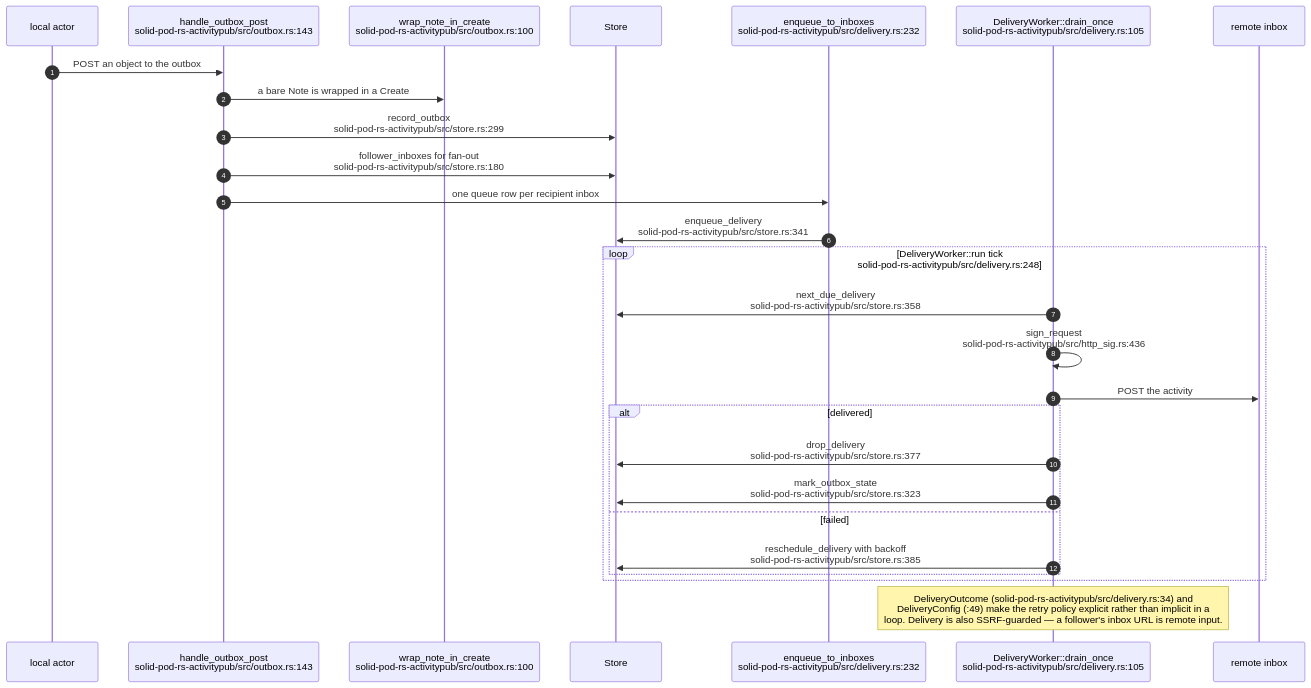
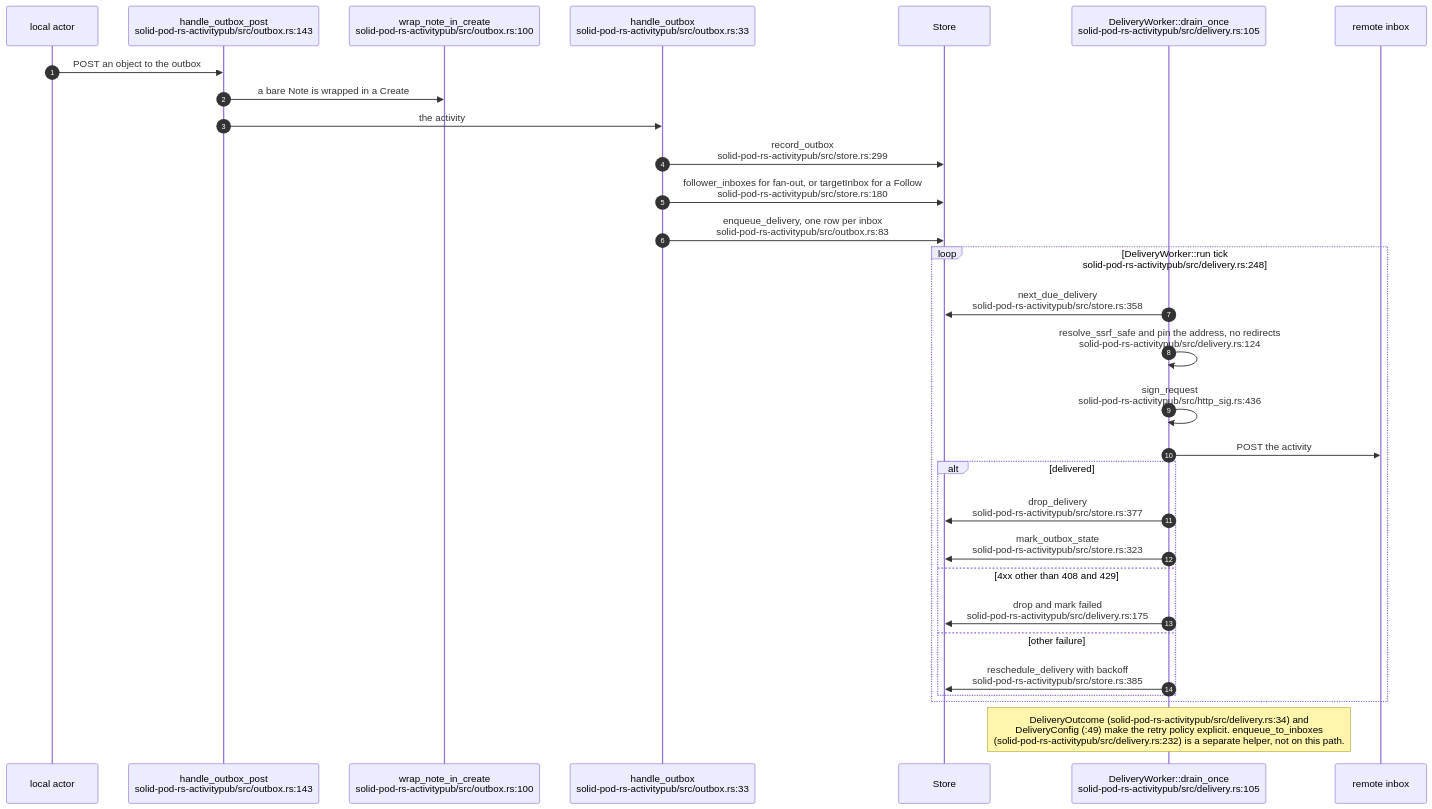
The sixth of 17 diagrams in docs/diagrams/solid-pod-rs/08-federation-notifications-forge-mcp.md (DreamLab-AI/VisionFlow), drawn with Mermaid before and after one commit. The commit also changed other lines of this file and 47 other files, not shown here.

````diff
--- a/docs/diagrams/solid-pod-rs/08-federation-notifications-forge-mcp.md
+++ b/docs/diagrams/solid-pod-rs/08-federation-notifications-forge-mcp.md
@@ -197,30 +236,33 @@
 ```mermaid
 sequenceDiagram
     autonumber
     participant L as local actor
     participant O as handle_outbox_post<br/>solid-pod-rs-activitypub/src/outbox.rs:143
     participant W as wrap_note_in_create<br/>solid-pod-rs-activitypub/src/outbox.rs:100
+    participant HO as handle_outbox<br/>solid-pod-rs-activitypub/src/outbox.rs:33
     participant S as Store
-    participant Q as enqueue_to_inboxes<br/>solid-pod-rs-activitypub/src/delivery.rs:232
     participant D as DeliveryWorker::drain_once<br/>solid-pod-rs-activitypub/src/delivery.rs:105
     participant R as remote inbox
 
     L->>O: POST an object to the outbox
     O->>W: a bare Note is wrapped in a Create
-    O->>S: record_outbox<br/>solid-pod-rs-activitypub/src/store.rs:299
-    O->>S: follower_inboxes for fan-out<br/>solid-pod-rs-activitypub/src/store.rs:180
-    O->>Q: one queue row per recipient inbox
-    Q->>S: enqueue_delivery<br/>solid-pod-rs-activitypub/src/store.rs:341
+    O->>HO: the activity
+    HO->>S: record_outbox<br/>solid-pod-rs-activitypub/src/store.rs:299
+    HO->>S: follower_inboxes for fan-out, or targetInbox for a Follow<br/>solid-pod-rs-activitypub/src/store.rs:180
+    HO->>S: enqueue_delivery, one row per inbox<br/>solid-pod-rs-activitypub/src/outbox.rs:83
     loop DeliveryWorker::run tick<br/>solid-pod-rs-activitypub/src/delivery.rs:248
         D->>S: next_due_delivery<br/>solid-pod-rs-activitypub/src/store.rs:358
+        D->>D: resolve_ssrf_safe and pin the address, no redirects<br/>solid-pod-rs-activitypub/src/delivery.rs:124
         D->>D: sign_request<br/>solid-pod-rs-activitypub/src/http_sig.rs:436
         D->>R: POST the activity
         alt delivered
             D->>S: drop_delivery<br/>solid-pod-rs-activitypub/src/store.rs:377
             D->>S: mark_outbox_state<br/>solid-pod-rs-activitypub/src/store.rs:323
-        else failed
+        else 4xx other than 408 and 429
+            D->>S: drop and mark failed<br/>solid-pod-rs-activitypub/src/delivery.rs:175
+        else other failure
             D->>S: reschedule_delivery with backoff<br/>solid-pod-rs-activitypub/src/store.rs:385
         end
     end
-    Note over D: DeliveryOutcome (solid-pod-rs-activitypub/src/delivery.rs:34) and<br/>DeliveryConfig (:49) make the retry policy explicit rather than implicit in a<br/>loop. Delivery is also SSRF-guarded — a follower's inbox URL is remote input.
+    Note over D: DeliveryOutcome (solid-pod-rs-activitypub/src/delivery.rs:34) and<br/>DeliveryConfig (:49) make the retry policy explicit. enqueue_to_inboxes<br/>(solid-pod-rs-activitypub/src/delivery.rs:232) is a separate helper, not on this path.
 ```
````
